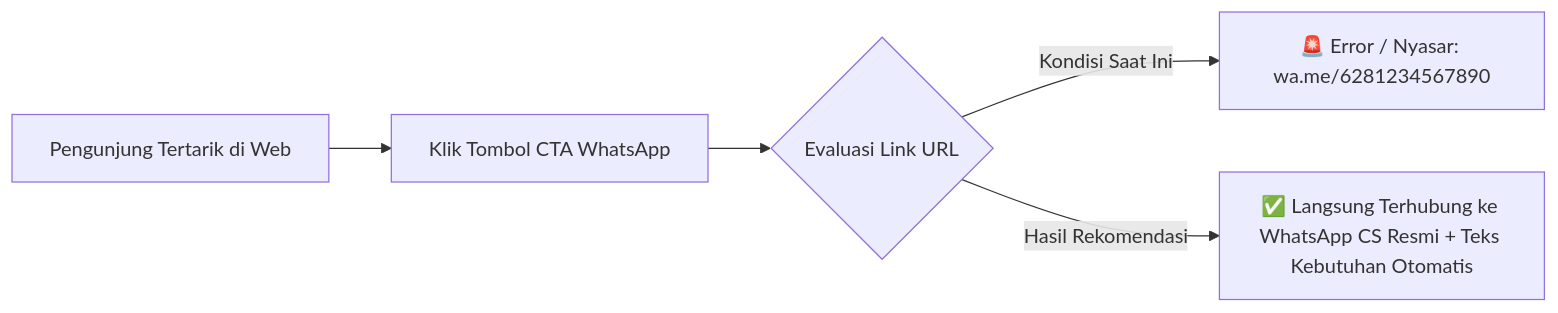
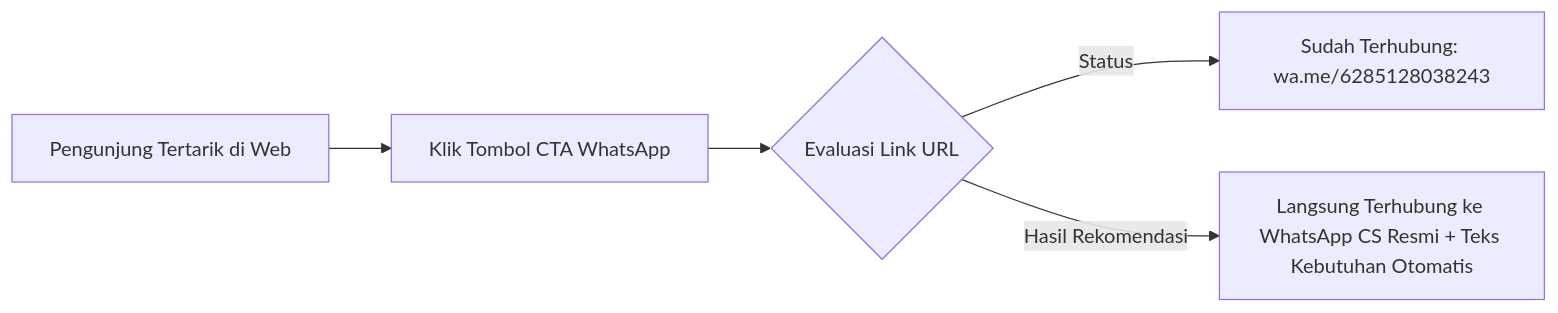
The first of 2 diagrams in AUDIT_MARKETING.md (akhairolm/marketingcodeid-new), drawn with Mermaid before and after one commit. The commit also changed other lines of this file and 8 other files, not shown here.

````diff
--- a/AUDIT_MARKETING.md
+++ b/AUDIT_MARKETING.md
@@ -69,7 +69,7 @@
 ```mermaid
 graph LR
     A[Pengunjung Tertarik di Web] --> B[Klik Tombol CTA WhatsApp]
     B --> C{Evaluasi Link URL}
-    C -->|Kondisi Saat Ini| D[🚨 Error / Nyasar: wa.me/6281234567890]
-    C -->|Hasil Rekomendasi| E[✅ Langsung Terhubung ke WhatsApp CS Resmi + Teks Kebutuhan Otomatis]
+    C -->|Status| D[Sudah Terhubung: wa.me/6285128038243]
+    C -->|Hasil Rekomendasi| E[Langsung Terhubung ke WhatsApp CS Resmi + Teks Kebutuhan Otomatis]
 ```
````
